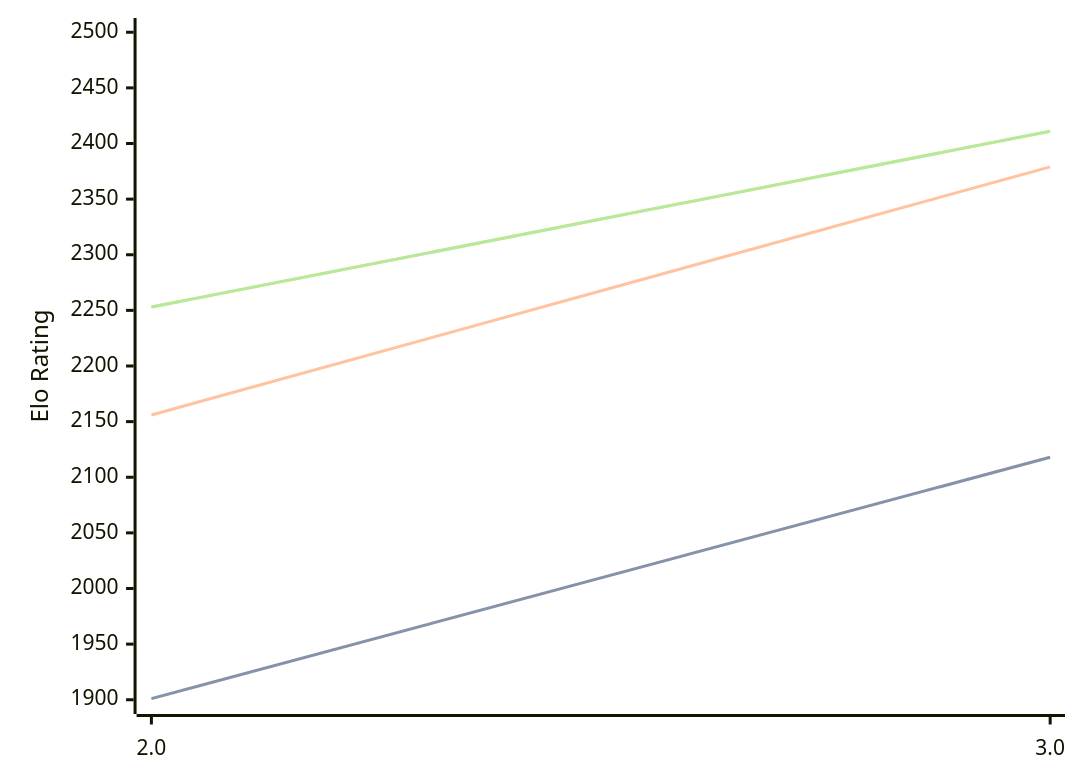
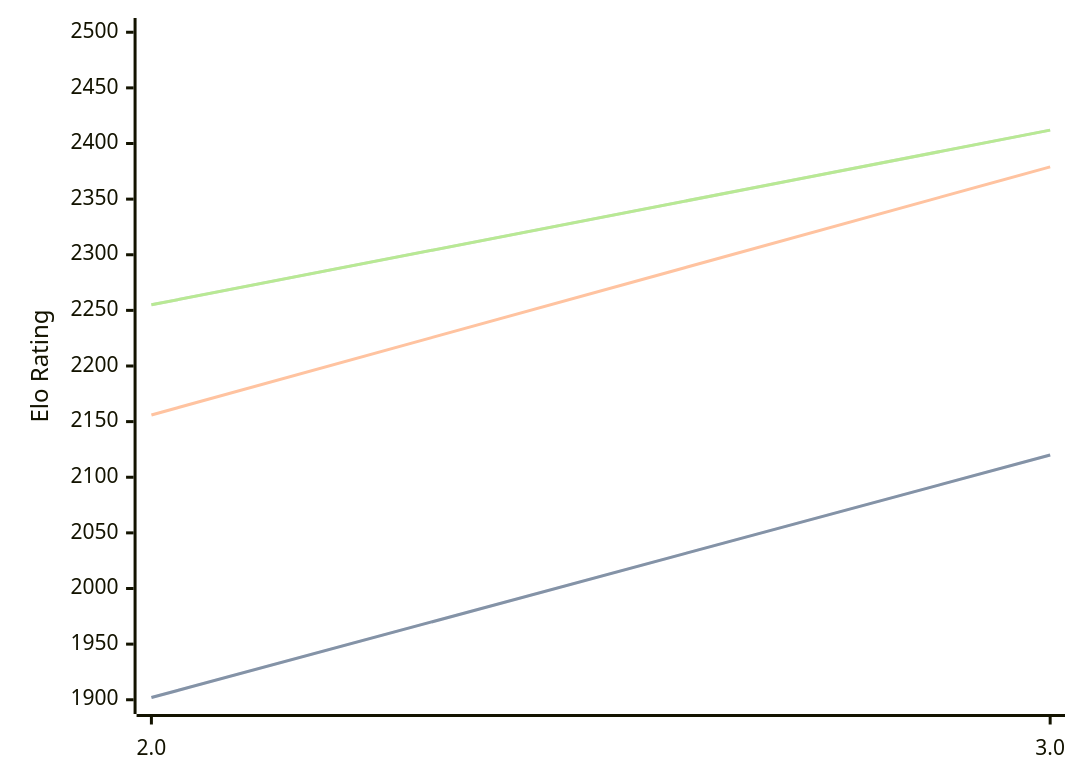
The diagram in engines/Zeno.md (computer-chess-index/cci), drawn with Mermaid before and after one commit. The commit also changed other lines of this file, not shown here.

Commit message:
Update CCI Ratings (ELO VLTC) - 2026-09-14

````diff
--- a/engines/Zeno.md
+++ b/engines/Zeno.md
@@ -32,11 +32,11 @@
 ```mermaid
 %%{init: {"theme":"base","themeVariables":{"seriesColors:['#a3a3a3','#222221','#faa371']}}}%%
 xychart-beta
   x-axis ["2.0", "3.0"]
   y-axis "Elo Rating" 1900 --> 2500
-  line "" [1901, 2118]
-  line "STC (8.0+0.08s)" [1901, 2118]
+  line "" [1902, 2120]
+  line "STC (8.0+0.08s)" [1902, 2120]
   line "LTC (60.0+0.60s)" [2156, 2379]
-  line "" [2253, 2411]
-  line "VLTC (2m24s+1.12s)" [2253, 2411]
+  line "" [2255, 2412]
+  line "VLTC (2m24s+1.12s)" [2255, 2412]
 ```
````
